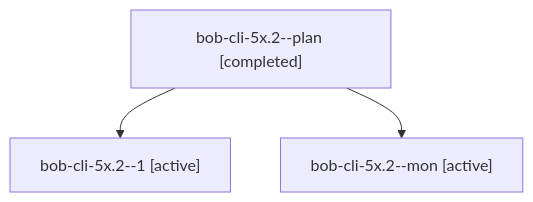
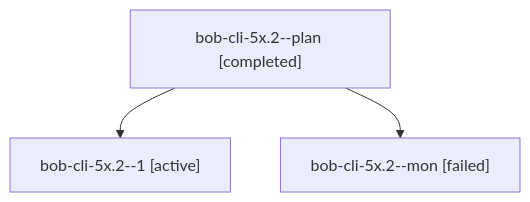
Before and after one commit to bobs-org/bob-cli--agents: the diagram in sessions/bbugyi200.athena.bob-cli-5x.2.md, drawn with Mermaid. The commit also changed other lines of this file and 18 other files, not shown here.

````diff
--- a/sessions/bbugyi200.athena.bob-cli-5x.2.md
+++ b/sessions/bbugyi200.athena.bob-cli-5x.2.md
@@ -9,8 +9,8 @@
 ```mermaid
 flowchart TD
   n0["bob-cli-5x.2--plan [completed]"]
   n1["bob-cli-5x.2--1 [active]"]
   n0 --> n1
-  n2["bob-cli-5x.2--mon [active]"]
+  n2["bob-cli-5x.2--mon [failed]"]
   n0 --> n2
 ```
````
